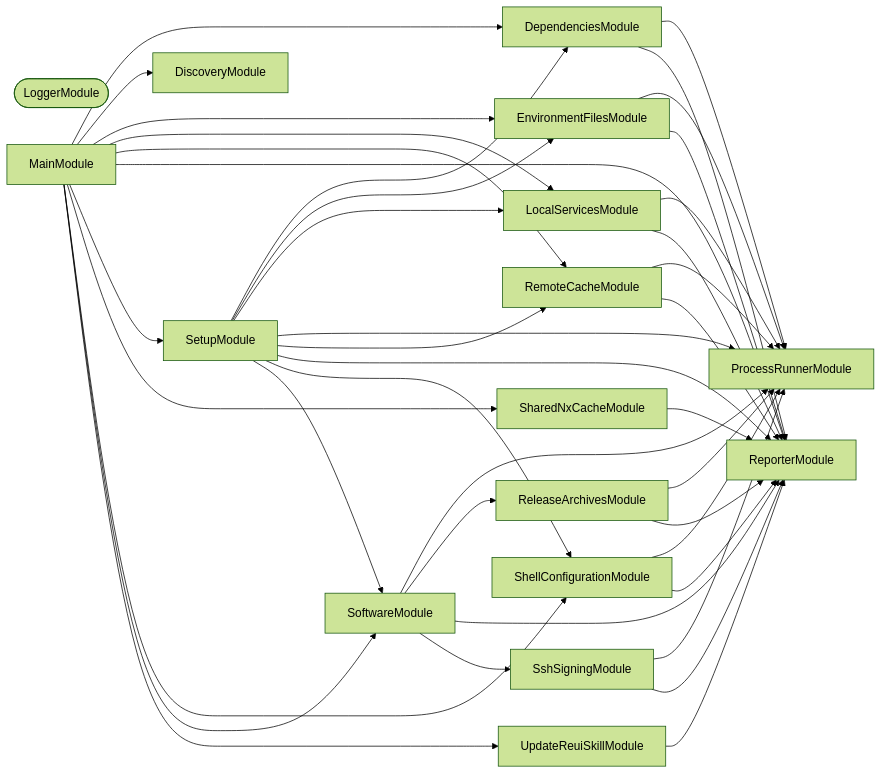
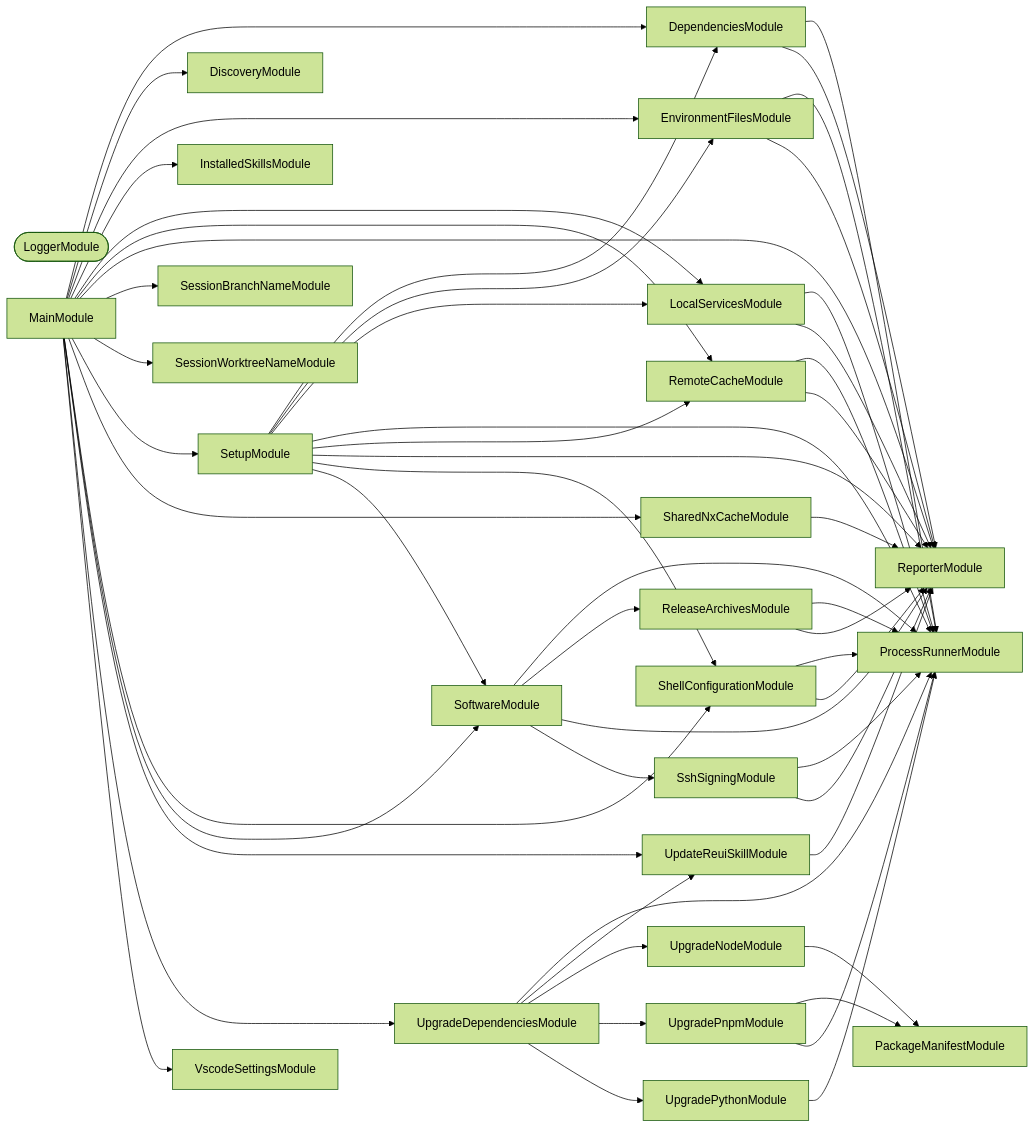
The second of 3 diagrams in installation/documentation/codependix.md (organizzolini/codebase), drawn with Mermaid (forest theme) before and after one commit. The commit also changed other lines of this file and 56 other files, not shown here.

````diff
--- a/installation/documentation/codependix.md
+++ b/installation/documentation/codependix.md
@@ -25,58 +25,81 @@
 ```mermaid
 flowchart LR
   DependenciesModule
   DiscoveryModule
   EnvironmentFilesModule
+  InstalledSkillsModule
   LocalServicesModule
   LoggerModule([LoggerModule])
   MainModule
+  PackageManifestModule
   ProcessRunnerModule
   ReleaseArchivesModule
   RemoteCacheModule
   ReporterModule
+  SessionBranchNameModule
+  SessionWorktreeNameModule
   SetupModule
   SharedNxCacheModule
   ShellConfigurationModule
   SoftwareModule
   SshSigningModule
   UpdateReuiSkillModule
+  UpgradeDependenciesModule
+  UpgradeNodeModule
+  UpgradePnpmModule
+  UpgradePythonModule
+  VscodeSettingsModule
   DependenciesModule --> ProcessRunnerModule
   DependenciesModule --> ReporterModule
   EnvironmentFilesModule --> ProcessRunnerModule
   EnvironmentFilesModule --> ReporterModule
   LocalServicesModule --> ProcessRunnerModule
   LocalServicesModule --> ReporterModule
   MainModule --> DependenciesModule
   MainModule --> DiscoveryModule
   MainModule --> EnvironmentFilesModule
+  MainModule --> InstalledSkillsModule
   MainModule --> LocalServicesModule
   MainModule --> RemoteCacheModule
   MainModule --> ReporterModule
+  MainModule --> SessionBranchNameModule
+  MainModule --> SessionWorktreeNameModule
   MainModule --> SetupModule
   MainModule --> SharedNxCacheModule
   MainModule --> ShellConfigurationModule
   MainModule --> SoftwareModule
   MainModule --> UpdateReuiSkillModule
+  MainModule --> UpgradeDependenciesModule
+  MainModule --> VscodeSettingsModule
   ReleaseArchivesModule --> ProcessRunnerModule
   ReleaseArchivesModule --> ReporterModule
   RemoteCacheModule --> ProcessRunnerModule
   RemoteCacheModule --> ReporterModule
   SetupModule --> DependenciesModule
   SetupModule --> EnvironmentFilesModule
   SetupModule --> LocalServicesModule
   SetupModule --> ProcessRunnerModule
   SetupModule --> RemoteCacheModule
   SetupModule --> ReporterModule
   SetupModule --> ShellConfigurationModule
   SetupModule --> SoftwareModule
   SharedNxCacheModule --> ReporterModule
   ShellConfigurationModule --> ProcessRunnerModule
   ShellConfigurationModule --> ReporterModule
   SoftwareModule --> ProcessRunnerModule
   SoftwareModule --> ReleaseArchivesModule
   SoftwareModule --> ReporterModule
   SoftwareModule --> SshSigningModule
   SshSigningModule --> ProcessRunnerModule
   SshSigningModule --> ReporterModule
   UpdateReuiSkillModule --> ReporterModule
+  UpgradeDependenciesModule --> ProcessRunnerModule
+  UpgradeDependenciesModule --> UpdateReuiSkillModule
+  UpgradeDependenciesModule --> UpgradeNodeModule
+  UpgradeDependenciesModule --> UpgradePnpmModule
+  UpgradeDependenciesModule --> UpgradePythonModule
+  UpgradeNodeModule --> PackageManifestModule
+  UpgradePnpmModule --> PackageManifestModule
+  UpgradePnpmModule --> ProcessRunnerModule
+  UpgradePythonModule --> ProcessRunnerModule
 ```
````
